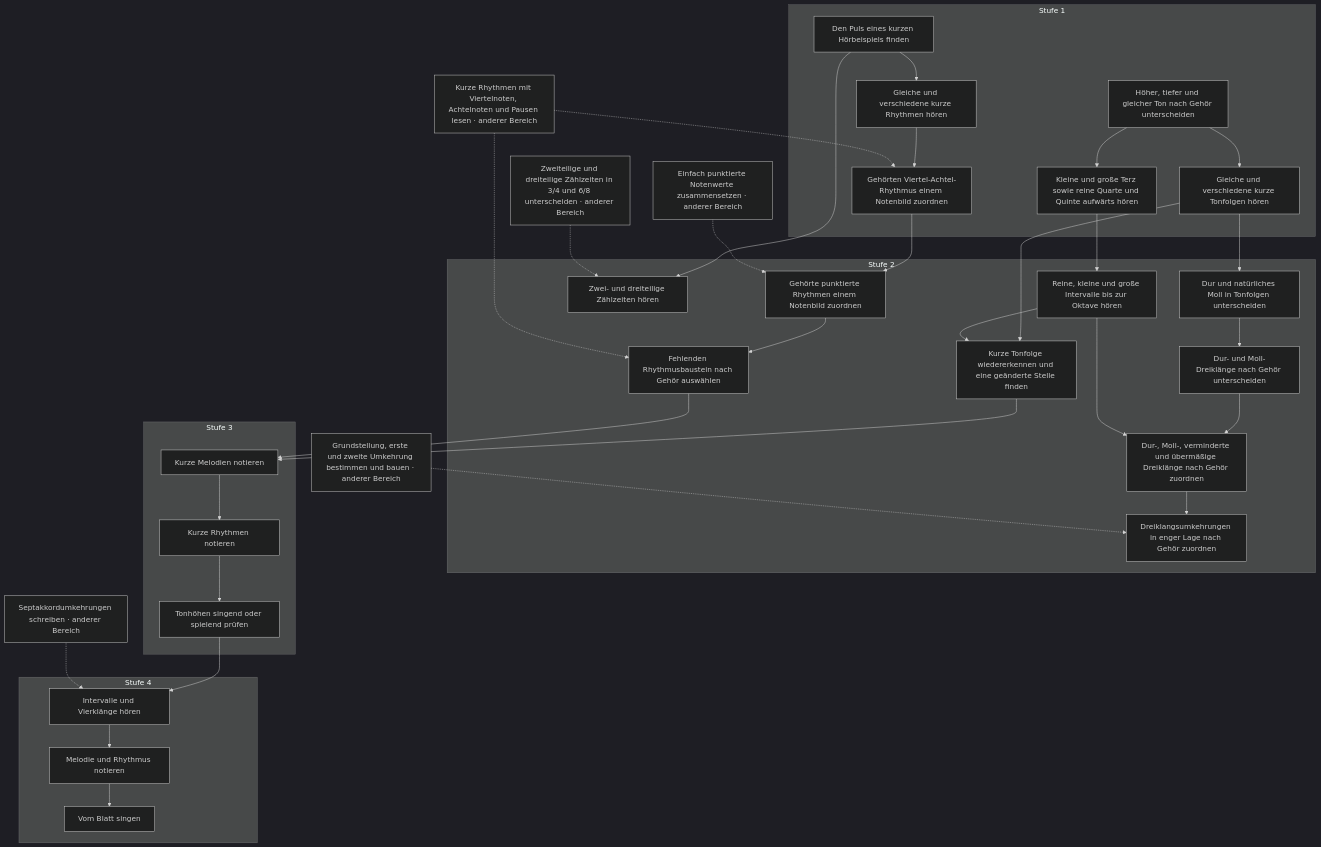
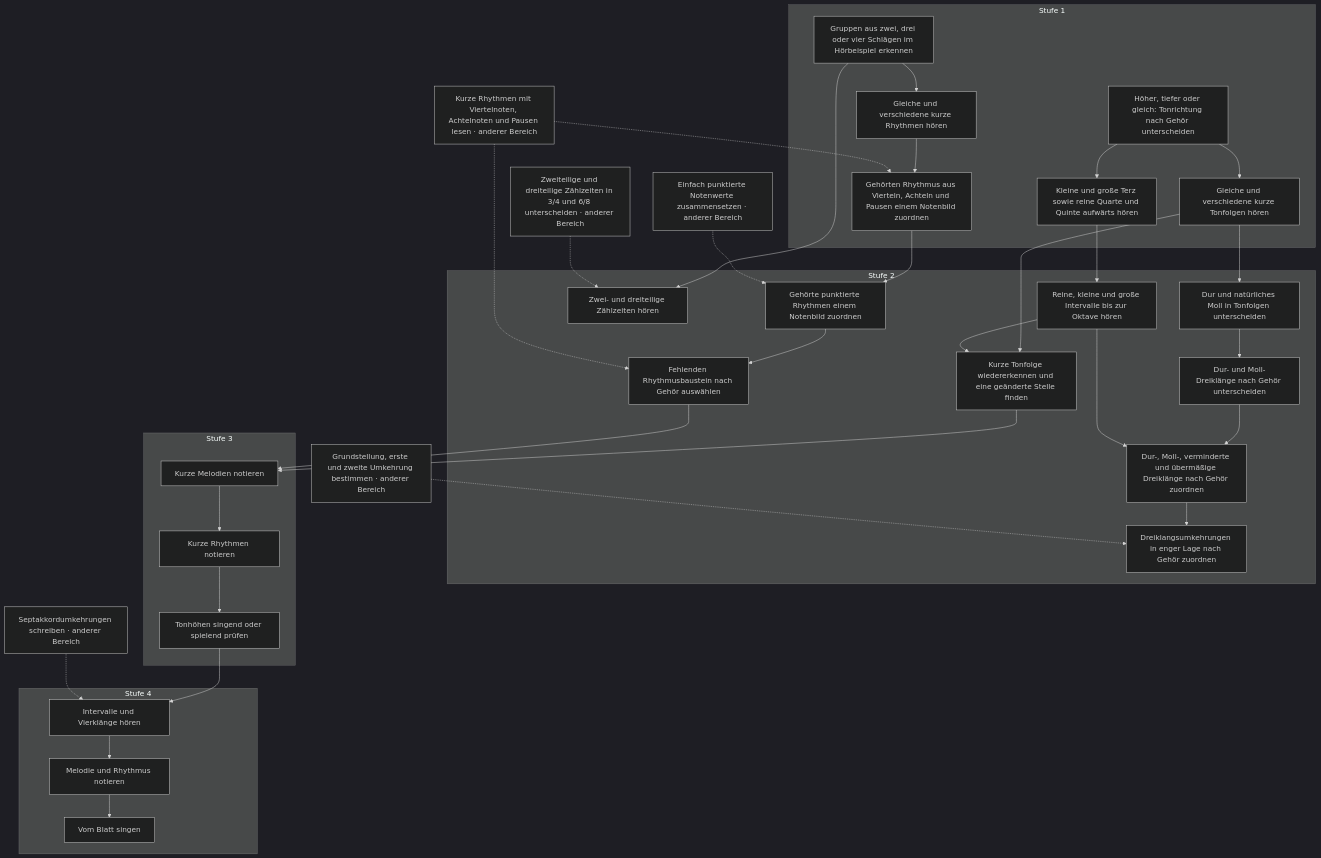
The eighth of 16 diagrams in docs/plan/faehigkeitsgraph-diagramme.md (PhiFa96/harmonia), drawn with Mermaid (dark theme) before and after one commit. The commit also changed other lines of this file and 16 other files, not shown here.

First line of the commit message:
fix(content): Graphkorrekturen Stufe 1 und 2 aus der Fachprüfung (Katalogversion 17)

````diff
--- a/docs/plan/faehigkeitsgraph-diagramme.md
+++ b/docs/plan/faehigkeitsgraph-diagramme.md
@@ -591,65 +604,65 @@
 ```mermaid
 flowchart TD
   subgraph level1["Stufe 1"]
-    s28["Den Puls eines kurzen Hörbeispiels finden"]
+    s28["Gruppen aus zwei, drei oder vier Schlägen im Hörbeispiel erkennen"]
     s29["Gleiche und verschiedene kurze Rhythmen hören"]
-    s30["Gehörten Viertel-Achtel-Rhythmus einem Notenbild zuordnen"]
-    s31["Höher, tiefer und gleicher Ton nach Gehör unterscheiden"]
+    s30["Gehörten Rhythmus aus Vierteln, Achteln und Pausen einem Notenbild zuordnen"]
+    s31["Höher, tiefer oder gleich: Tonrichtung nach Gehör unterscheiden"]
     s32["Gleiche und verschiedene kurze Tonfolgen hören"]
     s33["Kleine und große Terz sowie reine Quarte und Quinte aufwärts hören"]
   end
   subgraph level2["Stufe 2"]
     s75["Gehörte punktierte Rhythmen einem Notenbild zuordnen"]
     s76["Zwei- und dreiteilige Zählzeiten hören"]
     s77["Fehlenden Rhythmusbaustein nach Gehör auswählen"]
     s78["Reine, kleine und große Intervalle bis zur Oktave hören"]
     s79["Dur und natürliches Moll in Tonfolgen unterscheiden"]
     s80["Kurze Tonfolge wiedererkennen und eine geänderte Stelle finden"]
     s81["Dur- und Moll-Dreiklänge nach Gehör unterscheiden"]
     s82["Dur-, Moll-, verminderte und übermäßige Dreiklänge nach Gehör zuordnen"]
     s83["Dreiklangsumkehrungen in enger Lage nach Gehör zuordnen"]
   end
   subgraph level3["Stufe 3"]
     s105["Kurze Melodien notieren"]
     s106["Kurze Rhythmen notieren"]
     s107["Tonhöhen singend oder spielend prüfen"]
   end
   subgraph level4["Stufe 4"]
     s159["Intervalle und Vierklänge hören"]
     s160["Melodie und Rhythmus notieren"]
     s161["Vom Blatt singen"]
   end
   s21["Kurze Rhythmen mit Viertelnoten, Achtelnoten und Pausen lesen · anderer Bereich"]
   s46["Einfach punktierte Notenwerte zusammensetzen · anderer Bereich"]
   s51["Zweiteilige und dreiteilige Zählzeiten in 3/4 und 6/8 unterscheiden · anderer Bereich"]
-  s73["Grundstellung, erste und zweite Umkehrung bestimmen und bauen · anderer Bereich"]
+  s73["Grundstellung, erste und zweite Umkehrung bestimmen · anderer Bereich"]
   s133["Septakkordumkehrungen schreiben · anderer Bereich"]
   s28 --> s29
   s29 --> s30
   s21 -.-> s30
   s31 --> s32
   s31 --> s33
   s30 --> s75
   s46 -.-> s75
   s28 --> s76
   s51 -.-> s76
   s75 --> s77
   s21 -.-> s77
   s33 --> s78
   s32 --> s79
   s32 --> s80
   s78 --> s80
   s79 --> s81
   s81 --> s82
   s78 --> s82
   s82 --> s83
   s73 -.-> s83
   s80 --> s105
   s77 --> s105
   s105 --> s106
   s106 --> s107
   s107 --> s159
   s133 -.-> s159
   s159 --> s160
   s160 --> s161
 ```
````
